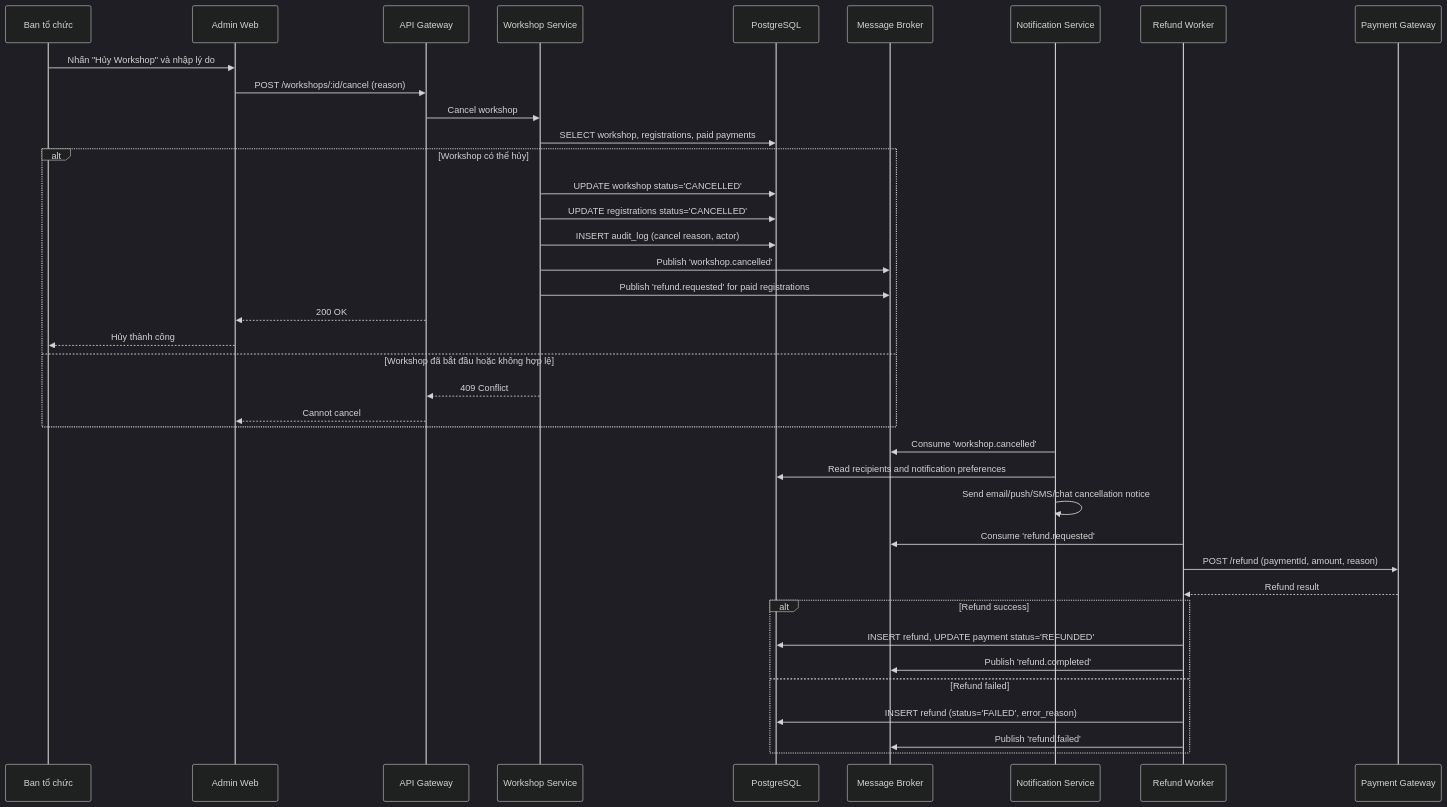
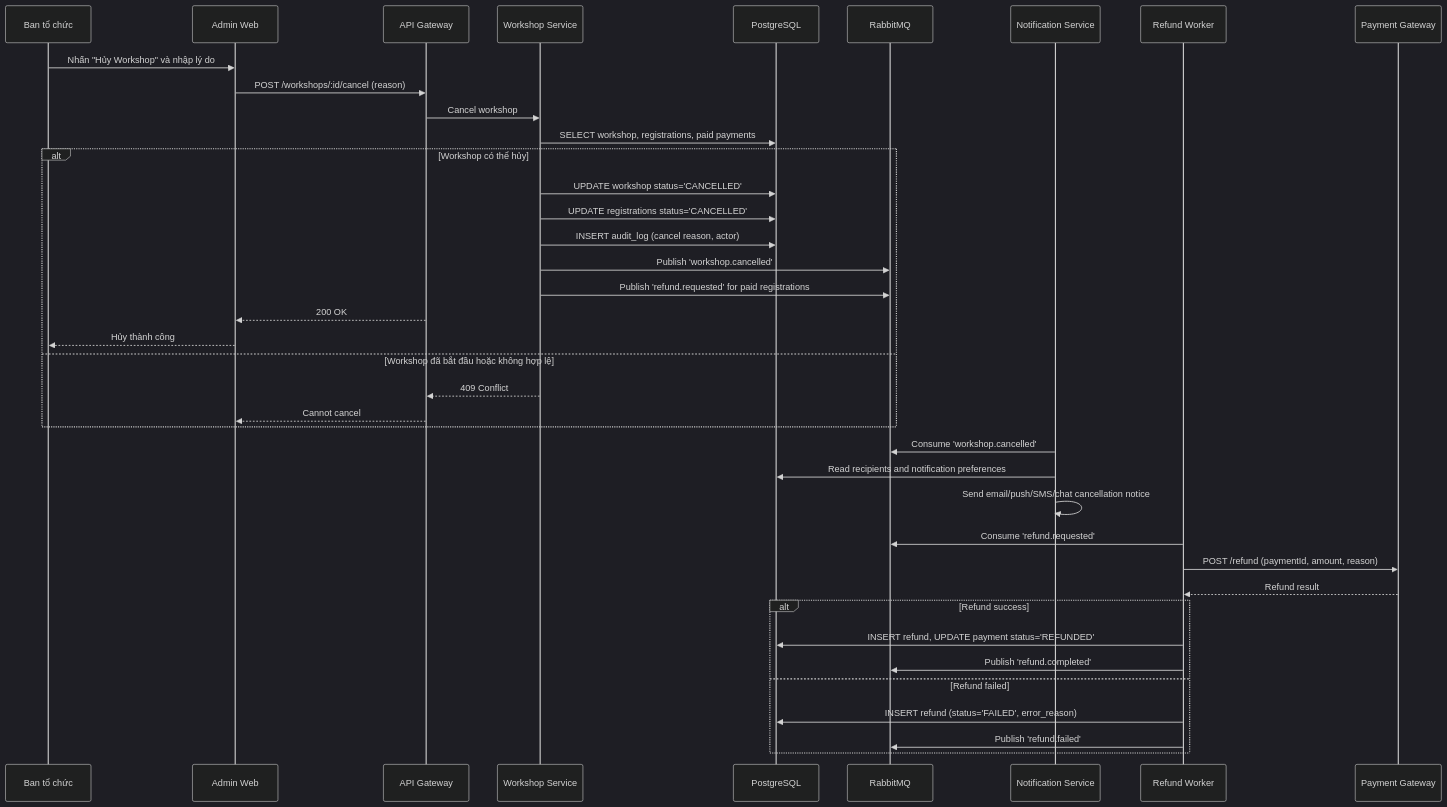
Before and after one commit to khoadanwneee/Software-Design: the tenth of 13 diagrams in docs/architecture.md, drawn with Mermaid (dark theme). The commit also changed other lines of this file and 5 other files, not shown here.

First line of the commit message:
docs: replace Message Broker/Job Queue with RabbitMQ across all documentation

````diff
--- a/docs/architecture.md
+++ b/docs/architecture.md
@@ -741,46 +741,46 @@
 ```mermaid
 sequenceDiagram
     participant Organizer as Ban tổ chức
     participant AdminWeb as Admin Web
     participant API as API Gateway
     participant WorkshopSvc as Workshop Service
     participant DB as PostgreSQL
-    participant Broker as Message Broker
+    participant Broker as RabbitMQ
     participant NotifSvc as Notification Service
     participant RefundWorker as Refund Worker
     participant PaymentGW as Payment Gateway
 
     Organizer->>AdminWeb: Nhấn "Hủy Workshop" và nhập lý do
     AdminWeb->>API: POST /workshops/:id/cancel (reason)
     API->>WorkshopSvc: Cancel workshop
     WorkshopSvc->>DB: SELECT workshop, registrations, paid payments
 
     alt Workshop có thể hủy
         WorkshopSvc->>DB: UPDATE workshop status='CANCELLED'
         WorkshopSvc->>DB: UPDATE registrations status='CANCELLED'
         WorkshopSvc->>DB: INSERT audit_log (cancel reason, actor)
         WorkshopSvc->>Broker: Publish 'workshop.cancelled'
         WorkshopSvc->>Broker: Publish 'refund.requested' for paid registrations
         API-->>AdminWeb: 200 OK
         AdminWeb-->>Organizer: Hủy thành công
     else Workshop đã bắt đầu hoặc không hợp lệ
         WorkshopSvc-->>API: 409 Conflict
         API-->>AdminWeb: Cannot cancel
     end
 
     NotifSvc->>Broker: Consume 'workshop.cancelled'
     NotifSvc->>DB: Read recipients and notification preferences
     NotifSvc->>NotifSvc: Send email/push/SMS/chat cancellation notice
 
     RefundWorker->>Broker: Consume 'refund.requested'
     RefundWorker->>PaymentGW: POST /refund (paymentId, amount, reason)
     PaymentGW-->>RefundWorker: Refund result
 
     alt Refund success
         RefundWorker->>DB: INSERT refund, UPDATE payment status='REFUNDED'
         RefundWorker->>Broker: Publish 'refund.completed'
     else Refund failed
         RefundWorker->>DB: INSERT refund (status='FAILED', error_reason)
         RefundWorker->>Broker: Publish 'refund.failed'
     end
 ```
````
